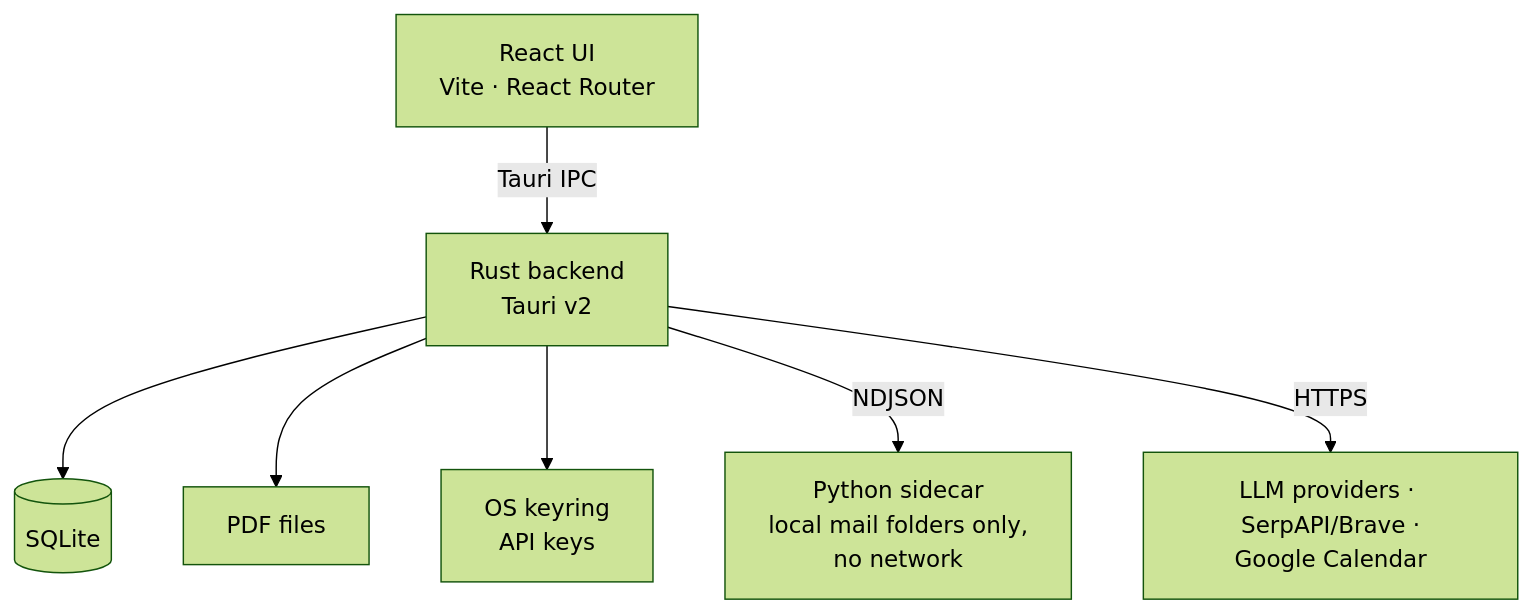
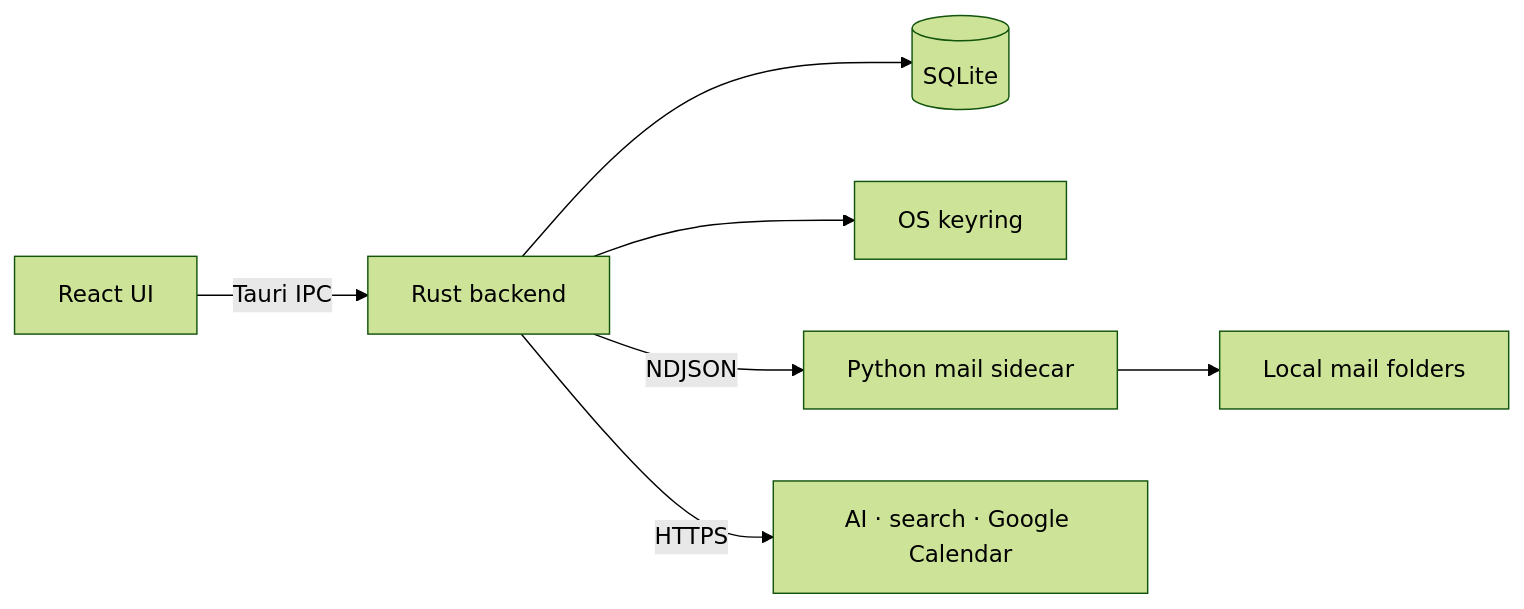
Before and after one commit to eikrad/Job-Tracker: the second of 2 diagrams in README.md, drawn with Mermaid (forest theme). The commit also changed other lines of this file and 5 other files, not shown here.

````diff
--- a/README.md
+++ b/README.md
@@ -35,9 +50,9 @@
 ```mermaid
-flowchart TD
-    UI["React UI<br>Vite · React Router"] -->|Tauri IPC| RUST["Rust backend<br>Tauri v2"]
+flowchart LR
+    UI["React UI"] -->|"Tauri IPC"| RUST["Rust backend"]
     RUST --> DB[("SQLite")]
-    RUST --> FILES["PDF files"]
-    RUST --> KEYS["OS keyring<br>API keys"]
-    RUST -->|NDJSON| SIDECAR["Python sidecar<br>local mail folders only,<br>no network"]
-    RUST -->|HTTPS| EXT["LLM providers · SerpAPI/Brave ·<br>Google Calendar"]
+    RUST --> KEYS["OS keyring"]
+    RUST -->|"NDJSON"| PY["Python mail sidecar"]
+    PY --> MAIL["Local mail folders"]
+    RUST -->|"HTTPS"| EXT["AI · search · Google Calendar"]
 ```
````
